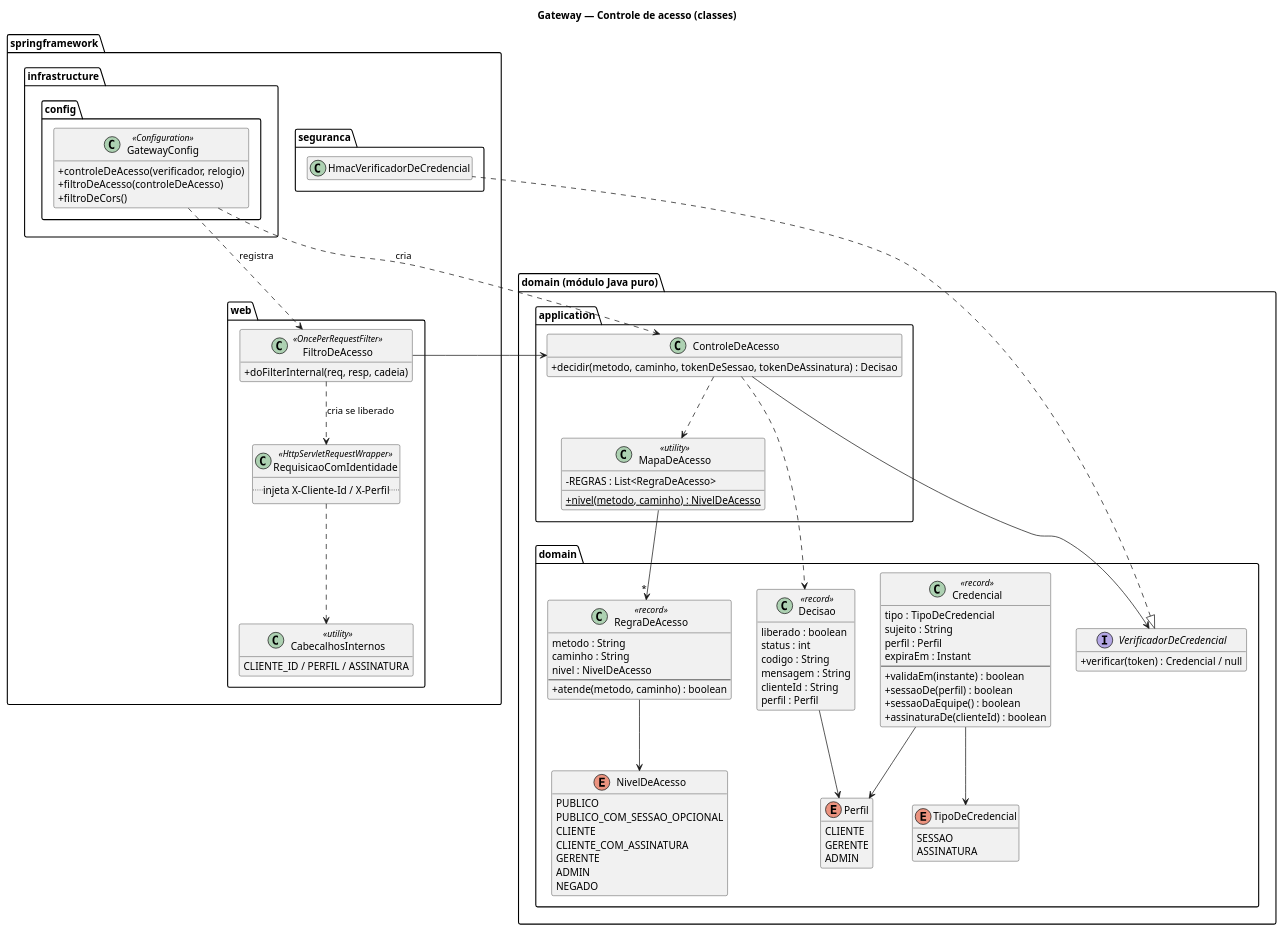
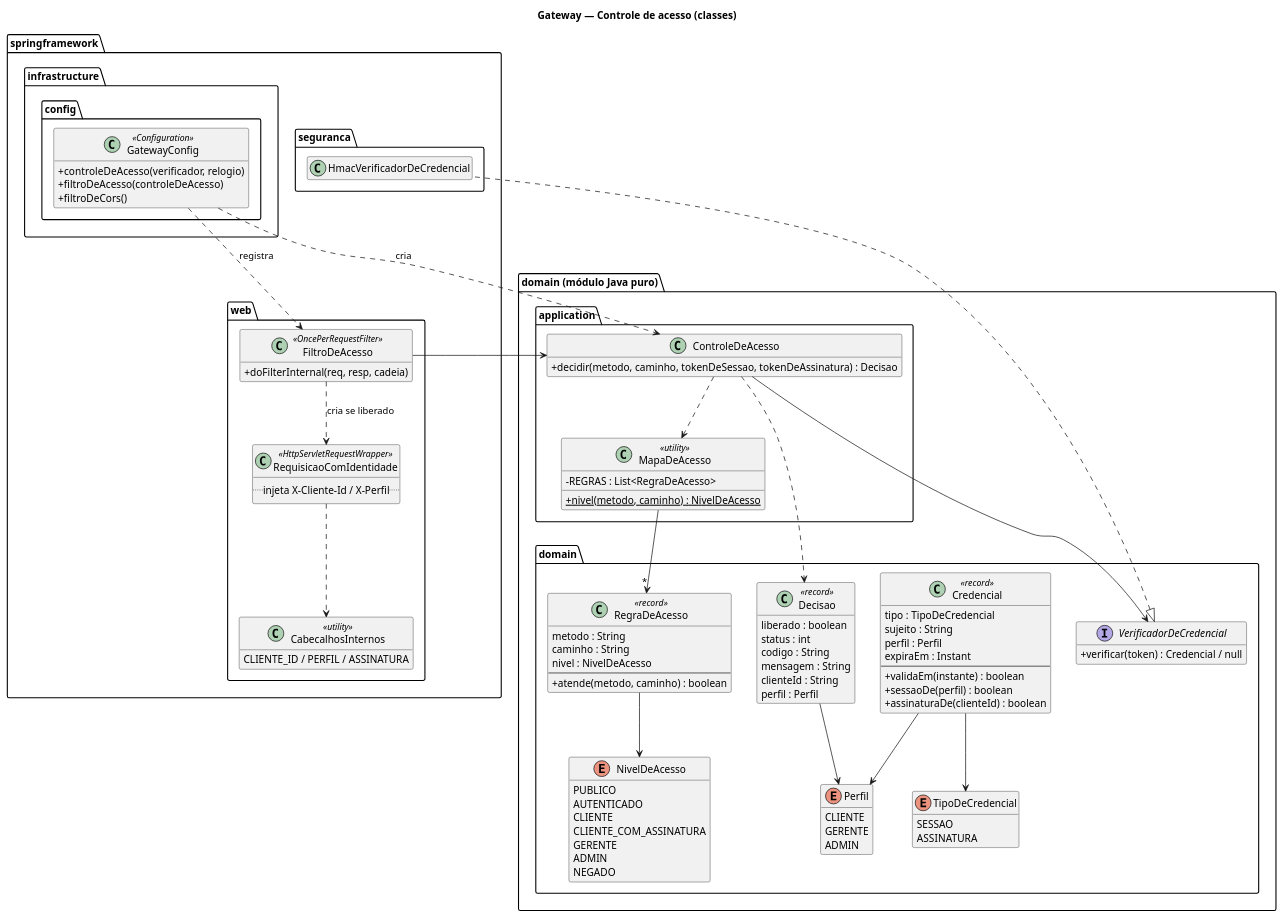
The diagram in docs/plantuml/04-gateway.puml (Endrigogustavo/OrbitaPay), drawn with PlantUML before and after one commit. The commit also changed 53 other files, not shown here.

```diff
--- a/docs/plantuml/04-gateway.puml
+++ b/docs/plantuml/04-gateway.puml
@@ -1,111 +1,110 @@
 @startuml 04-gateway
 title Gateway — Controle de acesso (classes)
 
 skinparam shadowing false
 skinparam defaultFontName "Segoe UI"
 skinparam classAttributeIconSize 0
 hide empty members
 
 package "springframework" {
   package "web" {
     class FiltroDeAcesso <<OncePerRequestFilter>> {
       + doFilterInternal(req, resp, cadeia)
     }
     class RequisicaoComIdentidade <<HttpServletRequestWrapper>> {
       .. injeta X-Cliente-Id / X-Perfil ..
     }
     class CabecalhosInternos <<utility>> {
       CLIENTE_ID / PERFIL / ASSINATURA
     }
   }
 
   package "seguranca" {
     class HmacVerificadorDeCredencial
   }
 
   package "infrastructure.config" {
     class GatewayConfig <<Configuration>> {
       + controleDeAcesso(verificador, relogio)
       + filtroDeAcesso(controleDeAcesso)
       + filtroDeCors()
     }
   }
 }
 
 package "domain (módulo Java puro)" {
   package "application" {
     class ControleDeAcesso {
       + decidir(metodo, caminho, tokenDeSessao, tokenDeAssinatura) : Decisao
     }
     class MapaDeAcesso <<utility>> {
       - REGRAS : List<RegraDeAcesso>
       + {static} nivel(metodo, caminho) : NivelDeAcesso
     }
   }
 
   package "domain" {
     interface VerificadorDeCredencial {
       + verificar(token) : Credencial / null
     }
     class Credencial <<record>> {
       tipo : TipoDeCredencial
       sujeito : String
       perfil : Perfil
       expiraEm : Instant
       --
       + validaEm(instante) : boolean
       + sessaoDe(perfil) : boolean
-      + sessaoDaEquipe() : boolean
       + assinaturaDe(clienteId) : boolean
     }
     class RegraDeAcesso <<record>> {
       metodo : String
       caminho : String
       nivel : NivelDeAcesso
       --
       + atende(metodo, caminho) : boolean
     }
     class Decisao <<record>> {
       liberado : boolean
       status : int
       codigo : String
       mensagem : String
       clienteId : String
       perfil : Perfil
     }
     enum NivelDeAcesso {
       PUBLICO
-      PUBLICO_COM_SESSAO_OPCIONAL
+      AUTENTICADO
       CLIENTE
       CLIENTE_COM_ASSINATURA
       GERENTE
       ADMIN
       NEGADO
     }
     enum Perfil {
       CLIENTE
       GERENTE
       ADMIN
     }
     enum TipoDeCredencial {
       SESSAO
       ASSINATURA
     }
   }
 }
 
 GatewayConfig ..> ControleDeAcesso : cria
 GatewayConfig ..> FiltroDeAcesso : registra
 FiltroDeAcesso --> ControleDeAcesso
 FiltroDeAcesso ..> RequisicaoComIdentidade : cria se liberado
 RequisicaoComIdentidade ..> CabecalhosInternos
 ControleDeAcesso ..> MapaDeAcesso
 ControleDeAcesso --> VerificadorDeCredencial
 VerificadorDeCredencial <|.. HmacVerificadorDeCredencial
 ControleDeAcesso ..> Decisao
 Decisao --> Perfil
 Credencial --> TipoDeCredencial
 Credencial --> Perfil
 MapaDeAcesso --> "*" RegraDeAcesso
 RegraDeAcesso --> NivelDeAcesso
 @enduml
```
